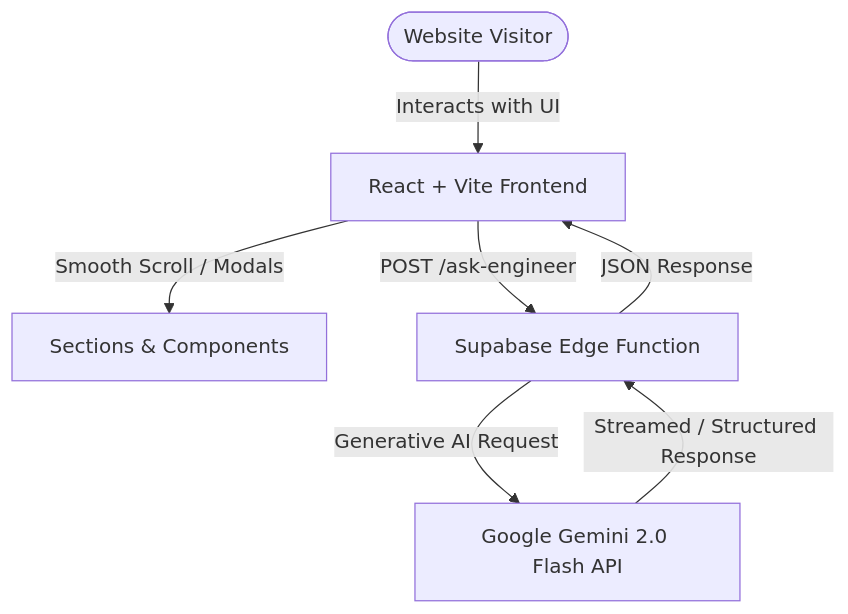
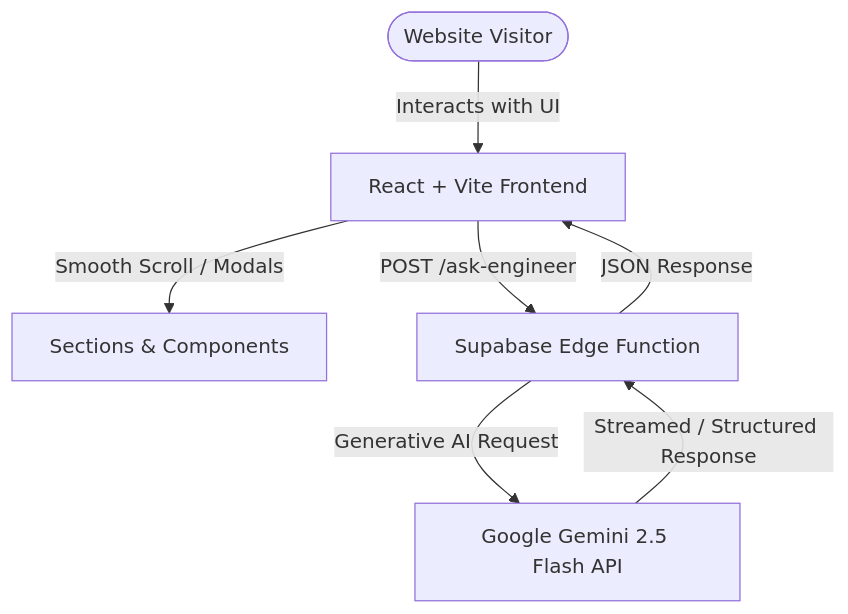
The first of 2 diagrams in PROJECT_DOCUMENTATION.md (rugved18-dev/Portfolio018), drawn with Mermaid before and after one commit. The commit also changed other lines of this file and 13 other files, not shown here.

````diff
--- a/PROJECT_DOCUMENTATION.md
+++ b/PROJECT_DOCUMENTATION.md
@@ -27,9 +27,9 @@
 ```mermaid
 graph TD
     User([Website Visitor]) -->|Interacts with UI| SPA[React + Vite Frontend]
     SPA -->|Smooth Scroll / Modals| UIComponents[Sections & Components]
     SPA -->|POST /ask-engineer| SupabaseEdge[Supabase Edge Function]
-    SupabaseEdge -->|Generative AI Request| GeminiAPI[Google Gemini 2.0 Flash API]
+    SupabaseEdge -->|Generative AI Request| GeminiAPI[Google Gemini 2.5 Flash API]
     GeminiAPI -->|Streamed / Structured Response| SupabaseEdge
     SupabaseEdge -->|JSON Response| SPA
 ```
````
